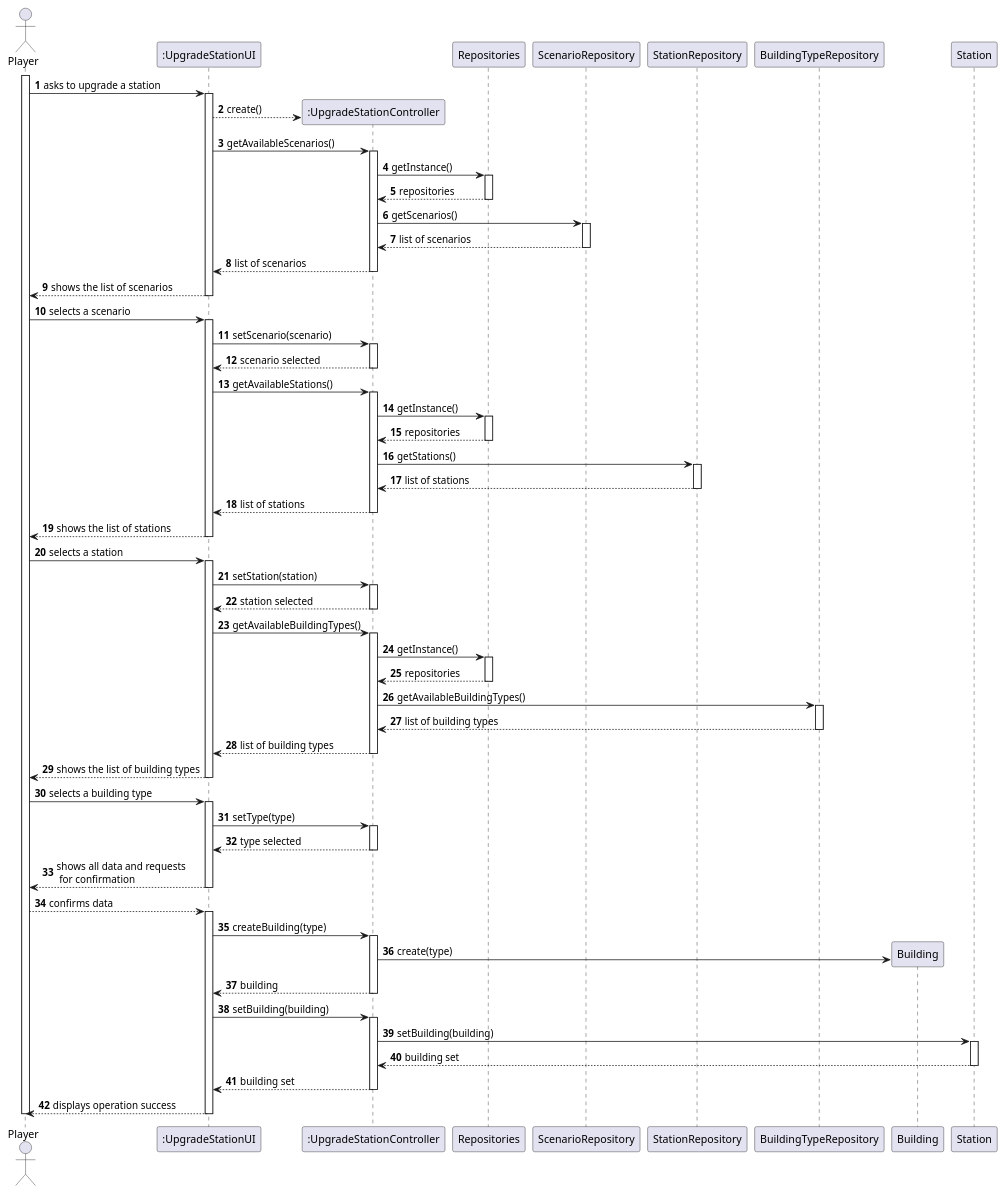
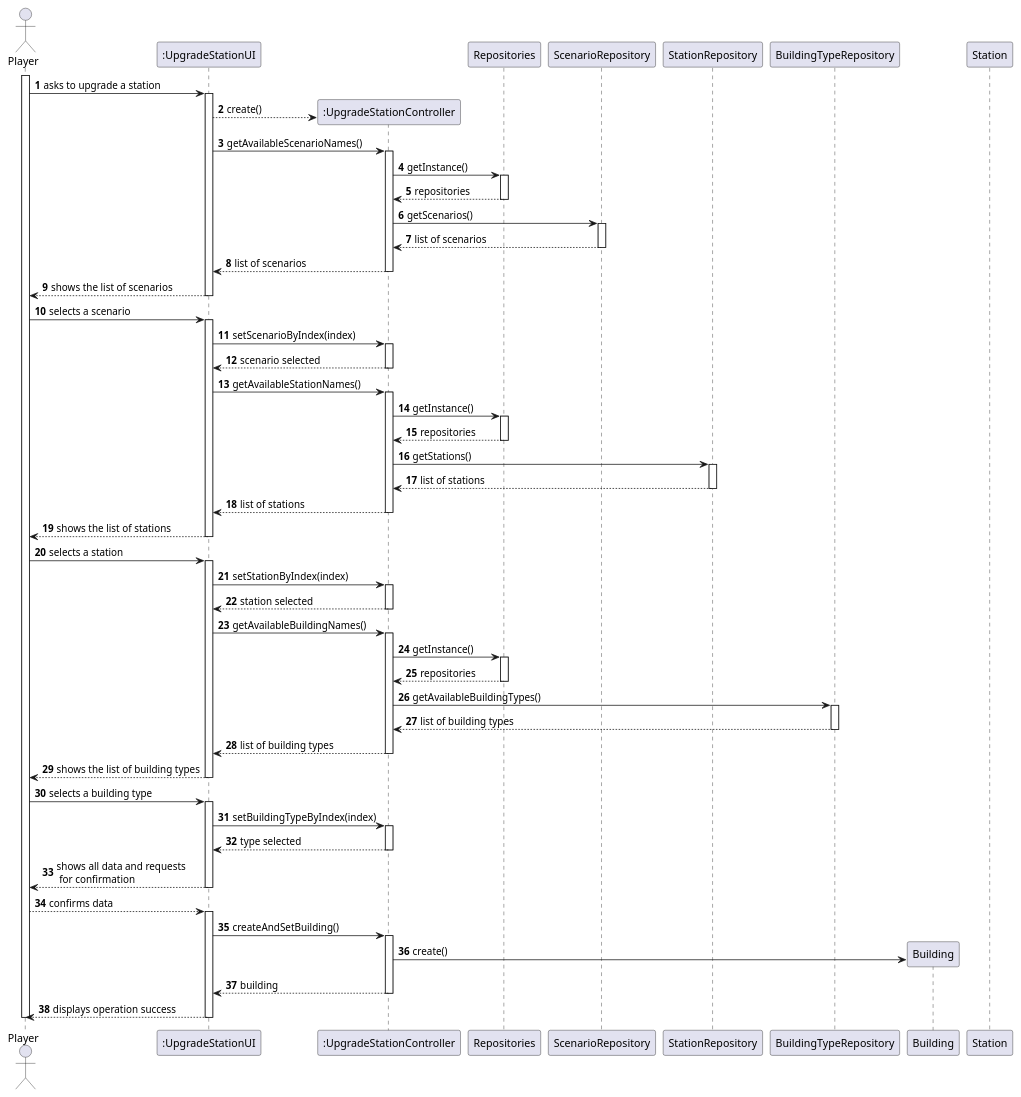
Before and after one commit to 1240935/pi2-railway-simulator: the diagram in Sprint2/US006/03.design/puml/US006-SD-full.puml, drawn with PlantUML. The commit also changed 2 other files, not shown here.

```diff
--- a/Sprint2/US006/03.design/puml/US006-SD-full.puml
+++ b/Sprint2/US006/03.design/puml/US006-SD-full.puml
@@ -1,155 +1,144 @@
 @startuml
 'skinparam monochrome true
 skinparam packageStyle rectangle
 skinparam shadowing false
 
 autonumber
 
  actor "Player" as PLAYER
     participant ":UpgradeStationUI" as UI
     participant ":UpgradeStationController" as CTRL
     participant "Repositories" as REPOS
     participant "ScenarioRepository" as SREPOS
     participant "StationRepository" as STREPOS
     participant "BuildingTypeRepository" as BTYPEREPOS
     participant "Building" as BUILDING
     participant "Station" as STATION
 
     activate PLAYER
 
     PLAYER -> UI : asks to upgrade a station
     activate UI
 
     UI --> CTRL** : create()
 
-    UI -> CTRL : getAvailableScenarios()
+    UI -> CTRL : getAvailableScenarioNames()
     activate CTRL
 
     CTRL -> REPOS : getInstance()
     activate REPOS
 
     REPOS --> CTRL: repositories
 
     deactivate REPOS
 
     CTRL -> SREPOS : getScenarios()
     activate SREPOS
 
     SREPOS --> CTRL : list of scenarios
 
     deactivate SREPOS
     CTRL --> UI : list of scenarios
     deactivate CTRL
 
     UI --> PLAYER : shows the list of scenarios
     deactivate UI
 
     PLAYER -> UI : selects a scenario
     activate UI
 
-    UI -> CTRL :setScenario(scenario)
+    UI -> CTRL :setScenarioByIndex(index)
 
     activate CTRL
 
     CTRL --> UI : scenario selected
 
     deactivate CTRL
 
 
-        UI -> CTRL : getAvailableStations()
+        UI -> CTRL : getAvailableStationNames()
         activate CTRL
 
         CTRL -> REPOS : getInstance()
         activate REPOS
 
         REPOS --> CTRL: repositories
 
         deactivate REPOS
 
         CTRL -> STREPOS : getStations()
         activate STREPOS
 
         STREPOS --> CTRL : list of stations
 
         deactivate STREPOS
         CTRL --> UI : list of stations
         deactivate CTRL
 
         UI --> PLAYER : shows the list of stations
         deactivate UI
 
         PLAYER -> UI : selects a station
         activate UI
 
-        UI -> CTRL :setStation(station)
+        UI -> CTRL :setStationByIndex(index)
 
         activate CTRL
 
         CTRL --> UI : station selected
 
         deactivate CTRL
 
-        UI -> CTRL : getAvailableBuildingTypes()
+        UI -> CTRL : getAvailableBuildingNames()
 
 
                 activate CTRL
 
                         CTRL -> REPOS : getInstance()
                         activate REPOS
 
                         REPOS --> CTRL: repositories
 
                         deactivate REPOS
 
                 CTRL -> BTYPEREPOS : getAvailableBuildingTypes()
                 activate BTYPEREPOS
 
                 BTYPEREPOS --> CTRL : list of building types
 
                 deactivate BTYPEREPOS
                 CTRL --> UI : list of building types
                 deactivate CTRL
 
                 UI --> PLAYER : shows the list of building types
                 deactivate UI
 
                 PLAYER -> UI : selects a building type
                 activate UI
 
-                UI -> CTRL :setType(type)
+                UI -> CTRL :setBuildingTypeByIndex(index)
 
                 activate CTRL
 
                 CTRL --> UI : type selected
 
                 deactivate CTRL
 
     UI --> PLAYER: shows all data and requests \n for confirmation
     deactivate UI
 
     PLAYER --> UI: confirms data
     activate UI
 
-    UI -> CTRL : createBuilding(type)
+    UI -> CTRL : createAndSetBuilding()
     activate CTRL
 
-    CTRL -> BUILDING** : create(type)
+    CTRL -> BUILDING** : create()
 
     CTRL --> UI : building
-    deactivate CTRL
-
-    UI -> CTRL: setBuilding(building)
-    activate CTRL
-
-    CTRL -> STATION : setBuilding(building)
-    activate STATION
-
-    STATION --> CTRL: building set
-    deactivate STATION
-    CTRL --> UI: building set
     deactivate CTRL
 
     UI --> PLAYER : displays operation success
     deactivate UI
     deactivate PLAYER
 @enduml
```
